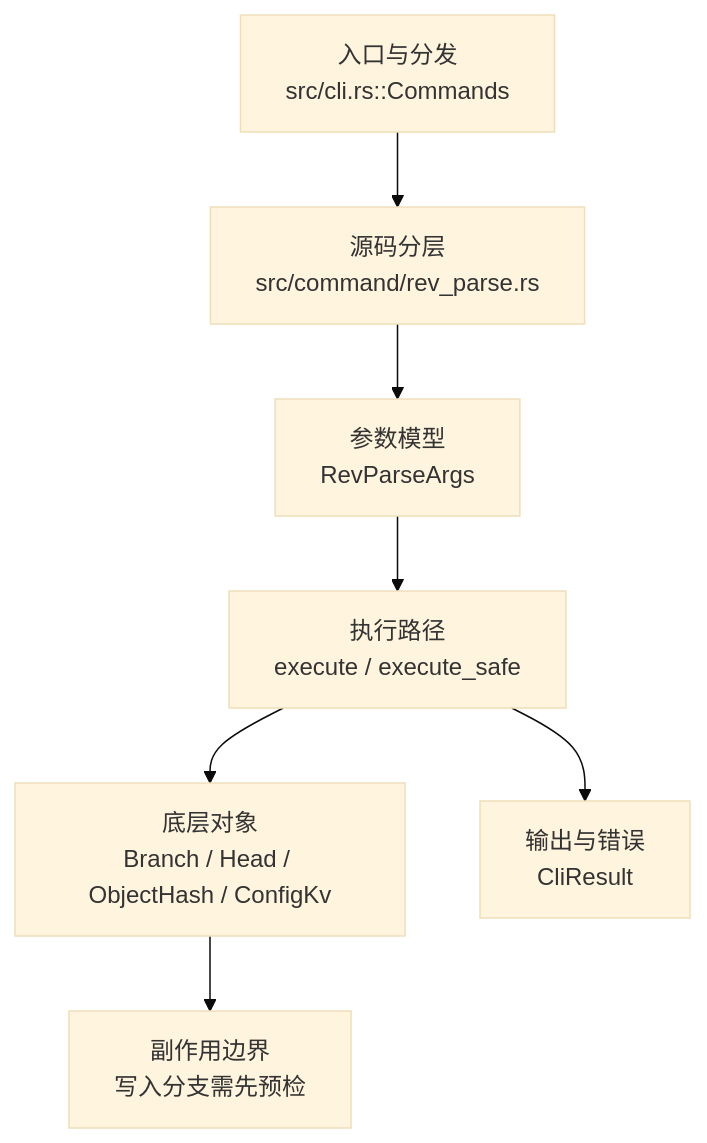
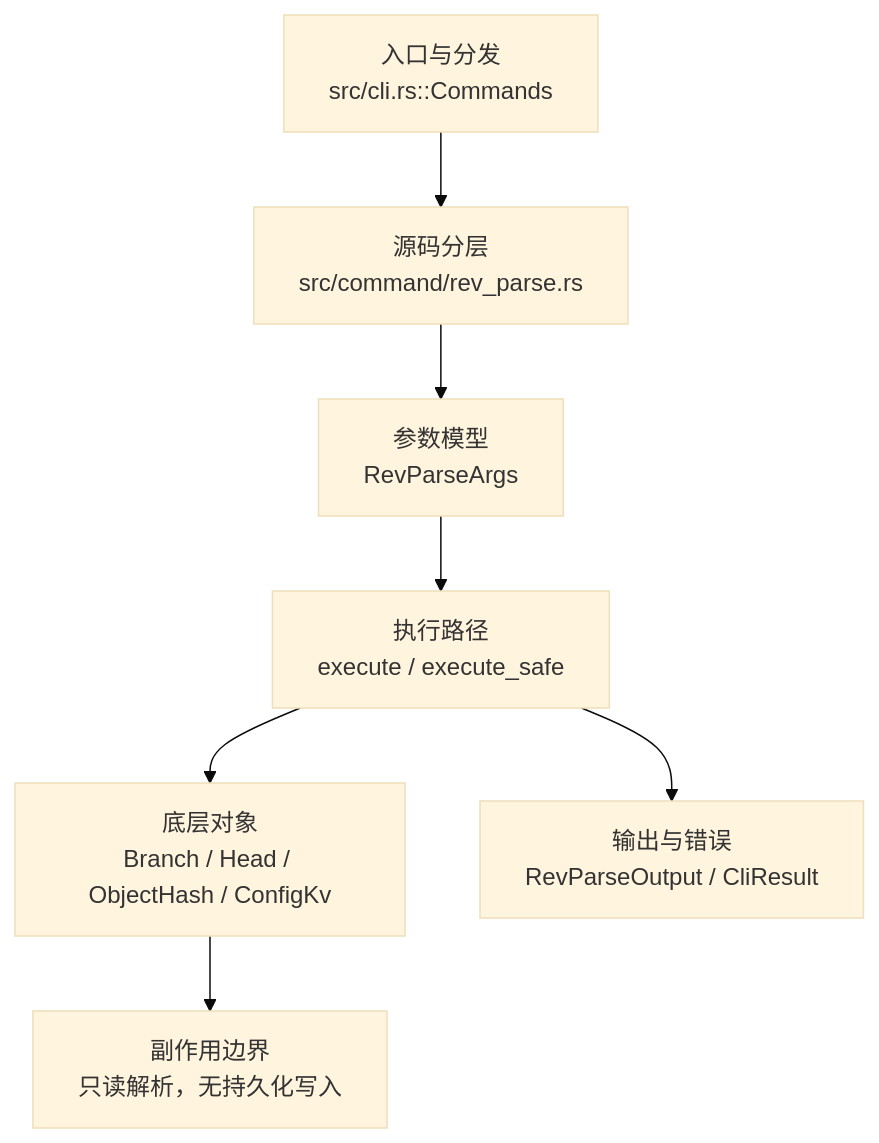
One commit to web3infra-foundation/libra changed the diagram in docs/development/commands/rev-parse.md. Above: the diagram before and after it, drawn with Mermaid (base theme). The commit also changed other lines of this file and 65 other files, not shown here.

````diff
--- a/docs/development/commands/rev-parse.md
+++ b/docs/development/commands/rev-parse.md
@@ -22,9 +22,9 @@
 ```mermaid
 flowchart TD
     A["入口与分发<br/>src/cli.rs::Commands"] --> B["源码分层<br/>src/command/rev_parse.rs"]
     B --> C["参数模型<br/>RevParseArgs"]
     C --> D["执行路径<br/>execute / execute_safe"]
     D --> E["底层对象<br/>Branch / Head / ObjectHash / ConfigKv"]
-    D --> F["输出与错误<br/>CliResult"]
-    E --> G["副作用边界<br/>写入分支需先预检"]
+    D --> F["输出与错误<br/>RevParseOutput / CliResult"]
+    E --> G["副作用边界<br/>只读解析，无持久化写入"]
 ```
````
